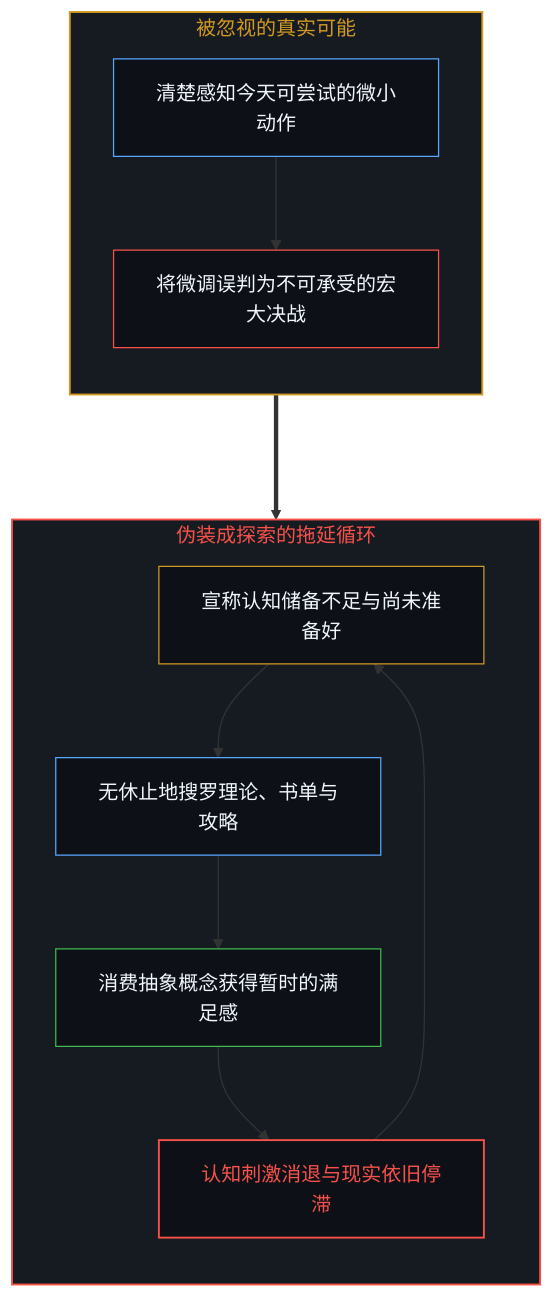
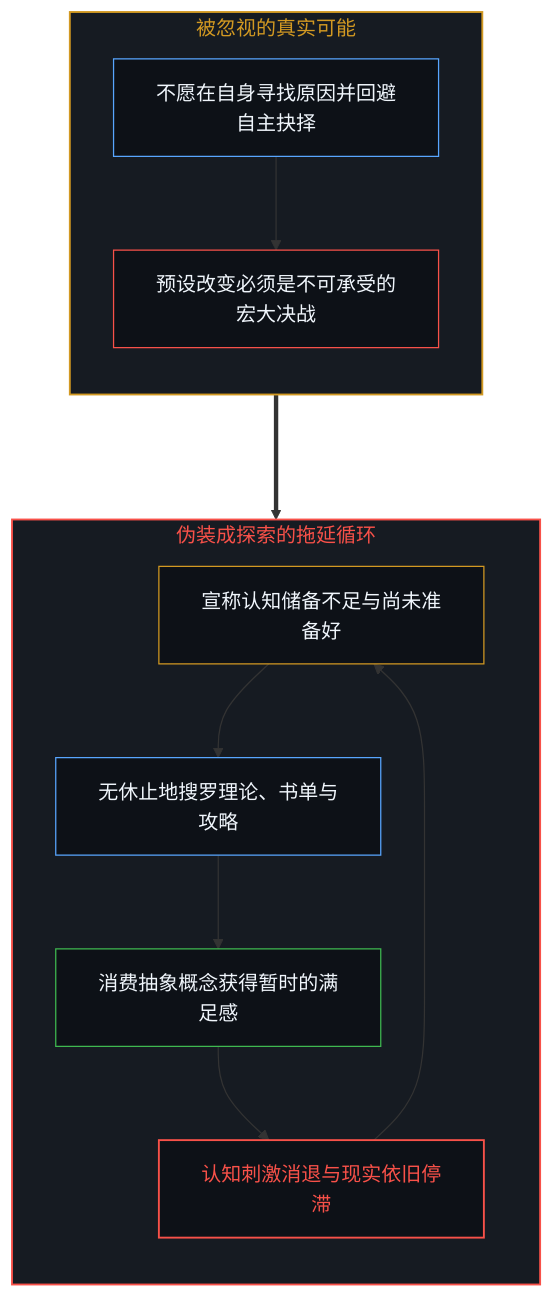
One commit to powerpig99/not-a-toe changed the fifth of 10 diagrams in content/posts/choice-itself-has-no-inherent-weight.md. Above: the diagram before and after it, drawn with Mermaid. The commit also changed other lines of this file and 4 other files, not shown here.

````diff
--- a/content/posts/choice-itself-has-no-inherent-weight.md
+++ b/content/posts/choice-itself-has-no-inherent-weight.md
@@ -181,26 +181,26 @@
 ```mermaid
 graph TD
     subgraph S_Truth ["被忽视的真实可能"]
         direction TB
-        T_Action["清楚感知今天可尝试的微小动作"] --> T_Macro["将微调误判为不可承受的宏大决战"]
+        T_Action["不愿在自身寻找原因并回避自主抉择"] --> T_Macro["预设改变必须是不可承受的宏大决战"]
     end
 
     subgraph S_Evasion ["伪装成探索的拖延循环"]
         direction TB
         E_Motto["宣称认知储备不足与尚未准备好"] --> E_Collect["无休止地搜罗理论、书单与攻略"]
         E_Collect --> E_High["消费抽象概念获得暂时的满足感"]
         E_High --> E_Decay["认知刺激消退与现实依旧停滞"]
         E_Decay --> E_Motto
     end
 
     T_Macro ===> E_Motto
 
     style S_Truth fill:#161b22,stroke:#d29922,stroke-width:1.5px,color:#d29922
     style S_Evasion fill:#161b22,stroke:#f85149,stroke-width:1.5px,color:#f85149
     style T_Action fill:#0d1117,stroke:#58a6ff,stroke-width:1px,color:#f0f6fc
     style T_Macro fill:#0d1117,stroke:#f85149,stroke-width:1px,color:#f0f6fc
     style E_Motto fill:#0d1117,stroke:#d29922,stroke-width:1px,color:#f0f6fc
     style E_Collect fill:#0d1117,stroke:#58a6ff,stroke-width:1px,color:#f0f6fc
     style E_High fill:#0d1117,stroke:#3fb950,stroke-width:1px,color:#f0f6fc
     style E_Decay fill:#0d1117,stroke:#f85149,stroke-width:1.5px,color:#f85149
 ```
````
